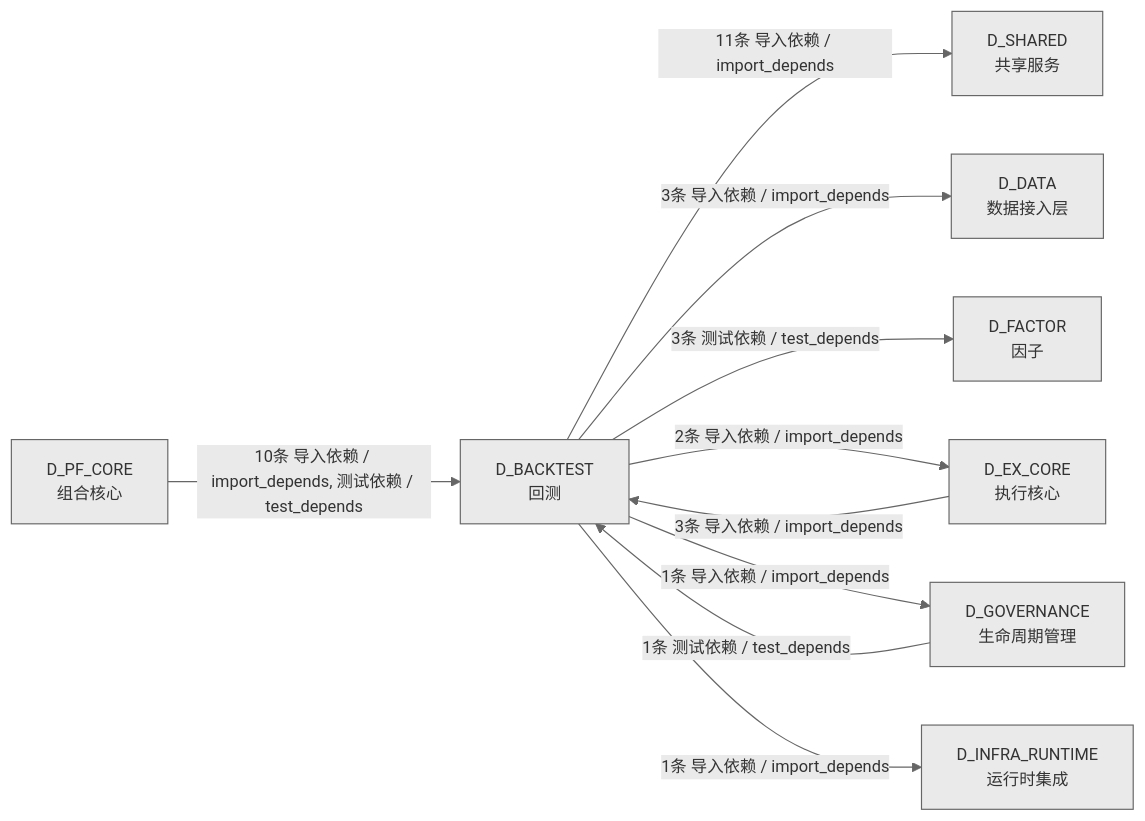
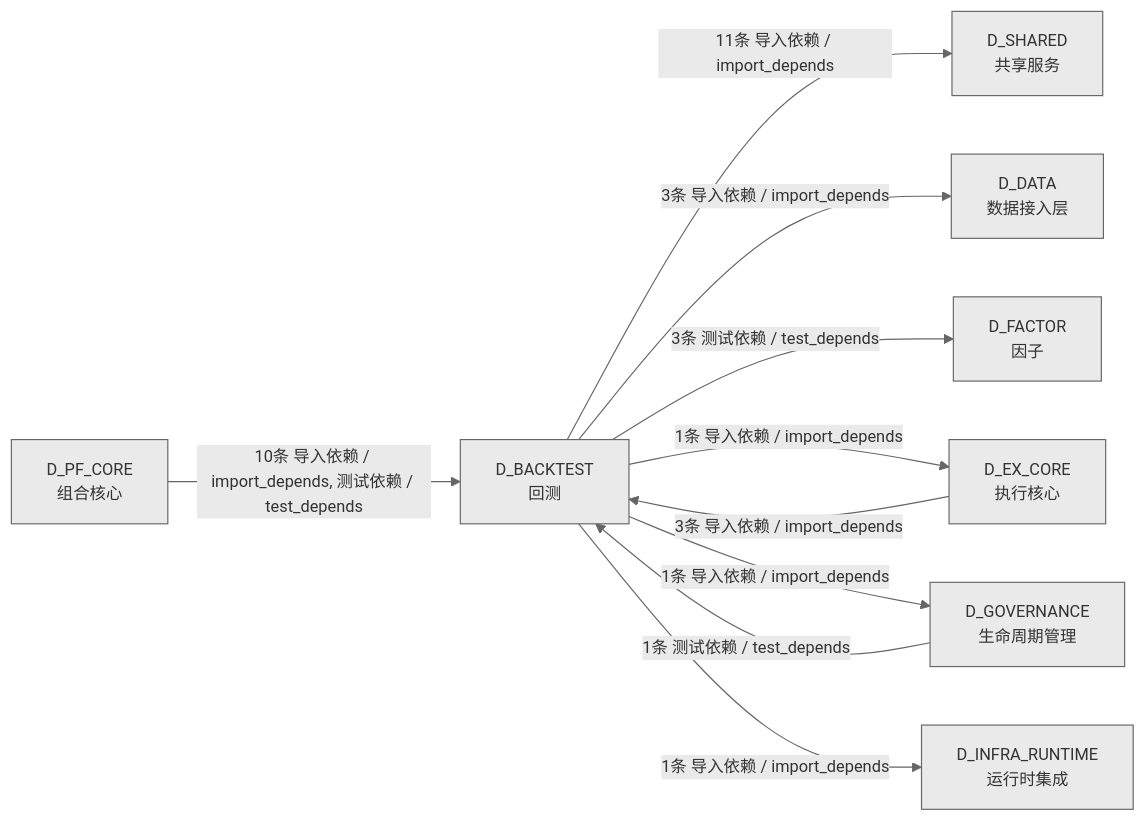
The fourth of 4 diagrams in docs/02_enterprise_architecture/02_domain_architecture_docs/35_d_backtest.md (xuanFelixVan/ZephyrAlpha), drawn with Mermaid before and after one commit. The commit also changed other lines of this file and 47 other files, not shown here.

````diff
--- a/docs/02_enterprise_architecture/02_domain_architecture_docs/35_d_backtest.md
+++ b/docs/02_enterprise_architecture/02_domain_architecture_docs/35_d_backtest.md
@@ -451,21 +452,21 @@
 ```mermaid
 %%{init: {'theme': 'base', 'themeVariables': {'primaryColor': '#eaeaea', 'primaryTextColor': '#333333', 'primaryBorderColor': '#666666', 'lineColor': '#666666', 'secondaryColor': '#eaeaea', 'tertiaryColor': '#eaeaea', 'fontSize': '14px'}}}%%
 graph LR
     D_BACKTEST["D_BACKTEST<br/>回测"]
     D_SHARED["D_SHARED<br/>共享服务"]
     D_DATA["D_DATA<br/>数据接入层"]
     D_FACTOR["D_FACTOR<br/>因子"]
     D_EX_CORE["D_EX_CORE<br/>执行核心"]
     D_GOVERNANCE["D_GOVERNANCE<br/>生命周期管理"]
     D_INFRA_RUNTIME["D_INFRA_RUNTIME<br/>运行时集成"]
     D_PF_CORE["D_PF_CORE<br/>组合核心"]
     D_BACKTEST -->|11条 导入依赖 / import_depends| D_SHARED
     D_BACKTEST -->|3条 导入依赖 / import_depends| D_DATA
     D_BACKTEST -->|3条 测试依赖 / test_depends| D_FACTOR
-    D_BACKTEST -->|2条 导入依赖 / import_depends| D_EX_CORE
+    D_BACKTEST -->|1条 导入依赖 / import_depends| D_EX_CORE
     D_BACKTEST -->|1条 导入依赖 / import_depends| D_GOVERNANCE
     D_BACKTEST -->|1条 导入依赖 / import_depends| D_INFRA_RUNTIME
     D_PF_CORE -->|10条 导入依赖 / import_depends, 测试依赖 / test_depends| D_BACKTEST
     D_EX_CORE -->|3条 导入依赖 / import_depends| D_BACKTEST
     D_GOVERNANCE -->|1条 测试依赖 / test_depends| D_BACKTEST
 ```
````
